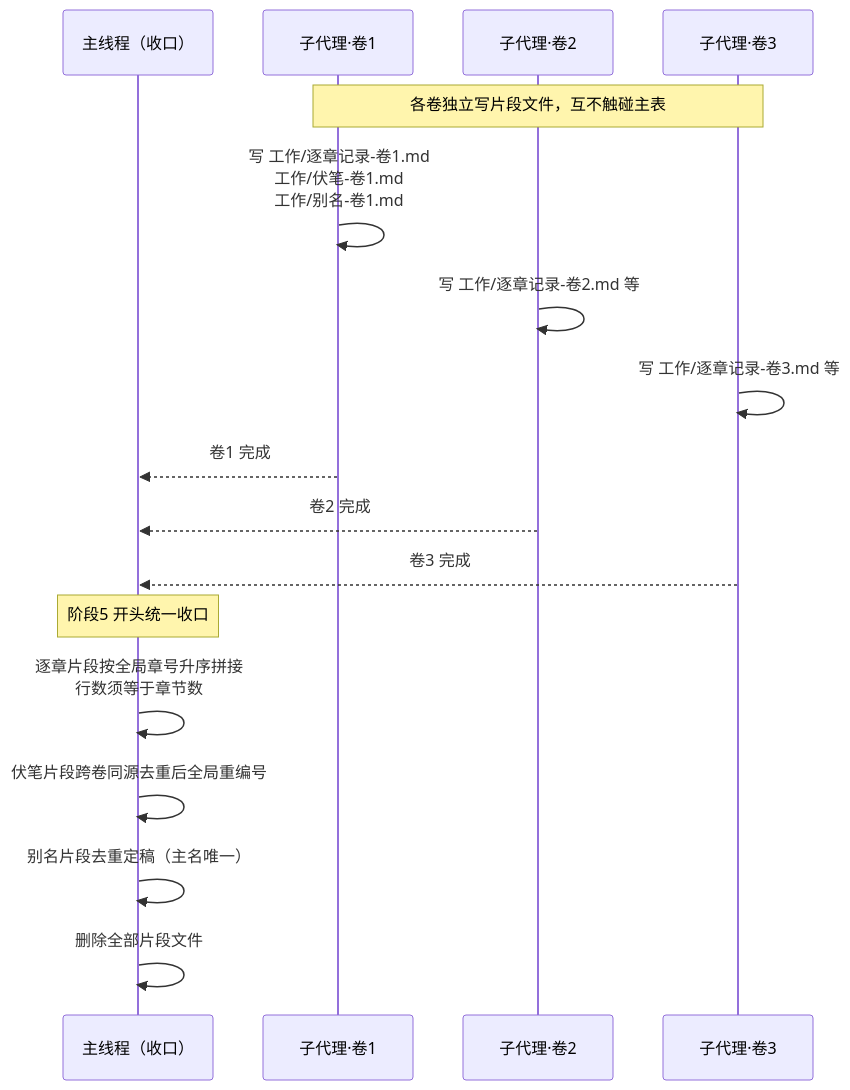
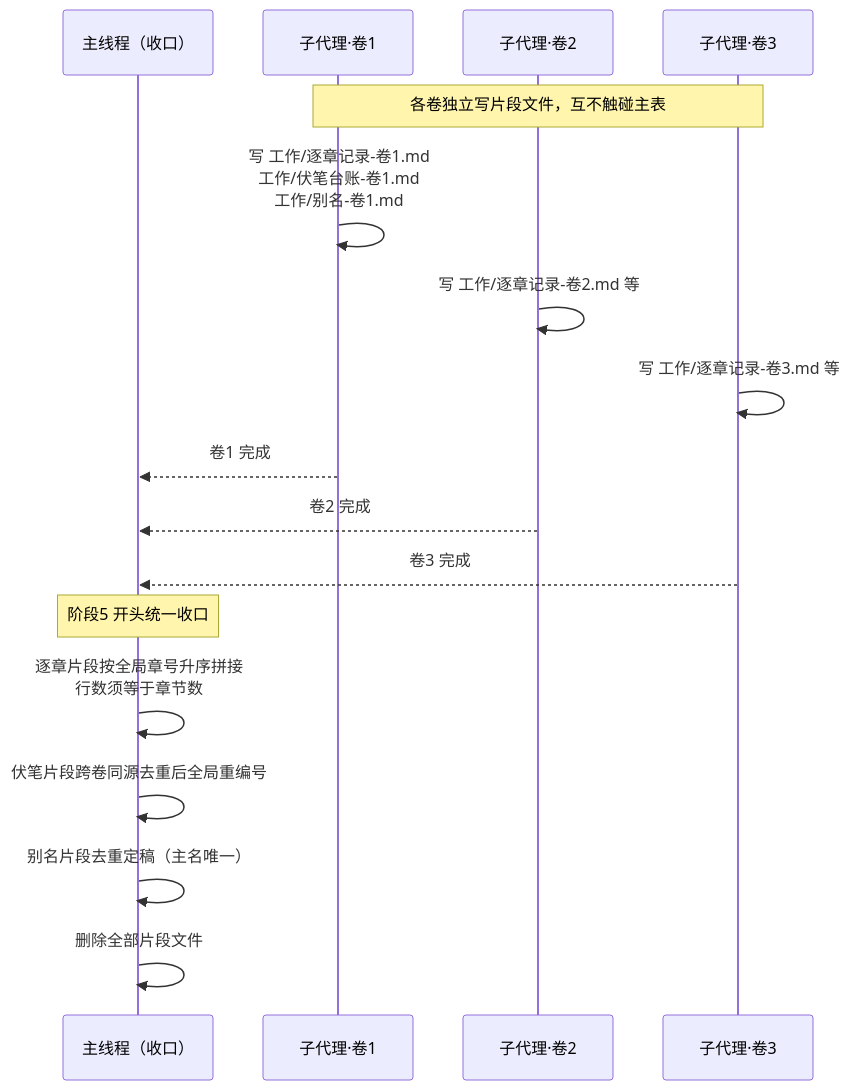
The third of 3 diagrams in docs/产品/PRD.md (Chained1001/enki), drawn with Mermaid before and after one commit. The commit also changed other lines of this file and 19 other files, not shown here.

````diff
--- a/docs/产品/PRD.md
+++ b/docs/产品/PRD.md
@@ -430,19 +430,19 @@
 ```mermaid
 sequenceDiagram
     participant M as 主线程（收口）
     participant A1 as 子代理·卷1
     participant A2 as 子代理·卷2
     participant A3 as 子代理·卷3
     Note over A1,A3: 各卷独立写片段文件，互不触碰主表
-    A1->>A1: 写 工作/逐章记录-卷1.md<br/>工作/伏笔-卷1.md<br/>工作/别名-卷1.md
+    A1->>A1: 写 工作/逐章记录-卷1.md<br/>工作/伏笔台账-卷1.md<br/>工作/别名-卷1.md
     A2->>A2: 写 工作/逐章记录-卷2.md 等
     A3->>A3: 写 工作/逐章记录-卷3.md 等
     A1-->>M: 卷1 完成
     A2-->>M: 卷2 完成
     A3-->>M: 卷3 完成
     Note over M: 阶段5 开头统一收口
     M->>M: 逐章片段按全局章号升序拼接<br/>行数须等于章节数
     M->>M: 伏笔片段跨卷同源去重后全局重编号
     M->>M: 别名片段去重定稿（主名唯一）
     M->>M: 删除全部片段文件
 ```
````
